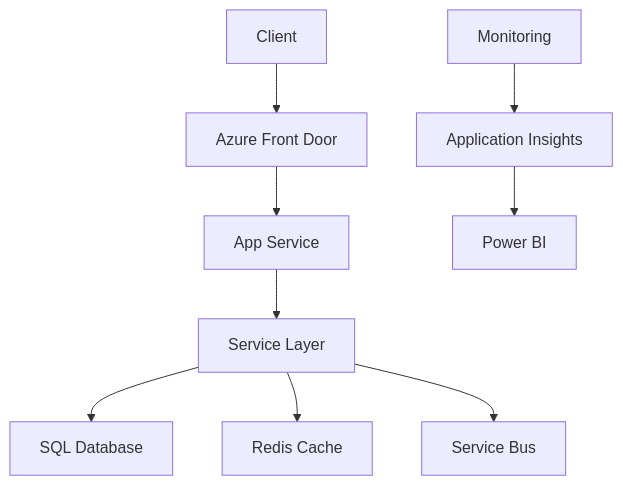
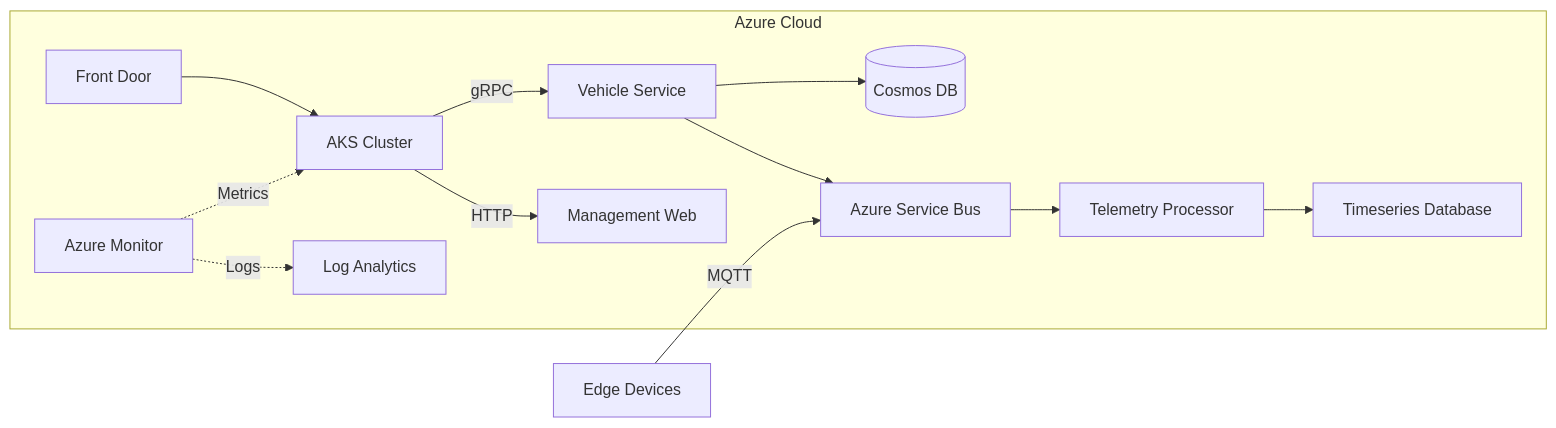
One commit to 1244Matt1244/vehicle_management_app changed the diagram in README.md. Above: the diagram before and after it, drawn with Mermaid. The commit also changed other lines of this file and 394 other files, not shown here.

````diff
--- a/README.md
+++ b/README.md
@@ -128,11 +42,15 @@
 ```mermaid
-graph TD
-    A[Client] --> B[Azure Front Door]
-    B --> C[App Service]
-    C --> D[Service Layer]
-    D --> E[SQL Database]
-    D --> F[Redis Cache]
-    D --> G[Service Bus]
-    H[Monitoring] --> I[Application Insights]
-    I --> J[Power BI]
+graph LR
+    subgraph Azure Cloud
+        A[Front Door] --> B[AKS Cluster]
+        B -->|gRPC| C[Vehicle Service]
+        B -->|HTTP| D[Management Web]
+        C --> E[(Cosmos DB)]
+        C --> F[Azure Service Bus]
+        F --> G[Telemetry Processor]
+        G --> H[Timeseries Database]
+        I[Azure Monitor] -.->|Metrics| B
+        I -.->|Logs| J[Log Analytics]
+    end
+    K[Edge Devices] -->|MQTT| F
 ```
````
